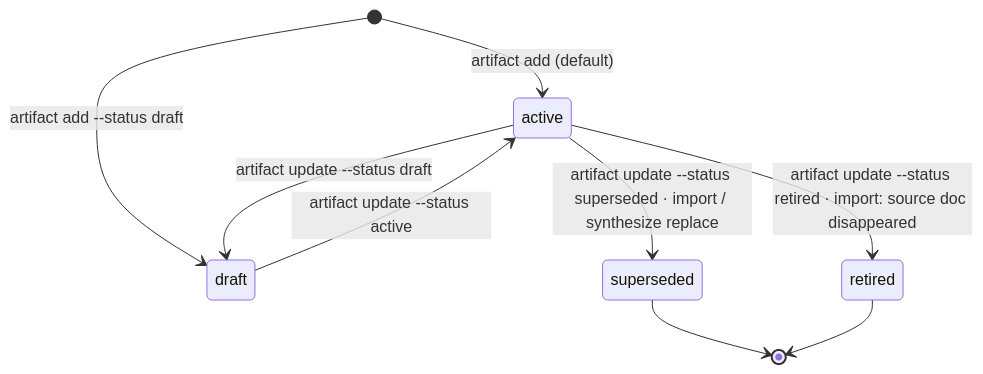
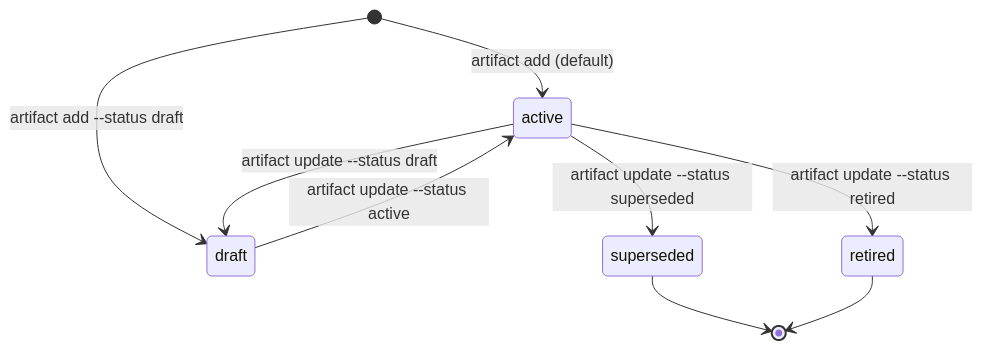
One commit to rdrsss/planar changed the seventh of 25 diagrams in docs/lifecycles.md. Above: the diagram before and after it, drawn with Mermaid. The commit also changed other lines of this file and 1498 other files, not shown here.

````diff
--- a/docs/lifecycles.md
+++ b/docs/lifecycles.md
@@ -213,11 +214,11 @@
 ```mermaid
 stateDiagram-v2
     [*] --> active : artifact add (default)
     [*] --> draft : artifact add --status draft
     draft --> active : artifact update --status active
     active --> draft : artifact update --status draft
-    active --> superseded : artifact update --status superseded · import / synthesize replace
-    active --> retired : artifact update --status retired · import: source doc disappeared
+    active --> superseded : artifact update --status superseded
+    active --> retired : artifact update --status retired
     superseded --> [*]
     retired --> [*]
 ```
````
